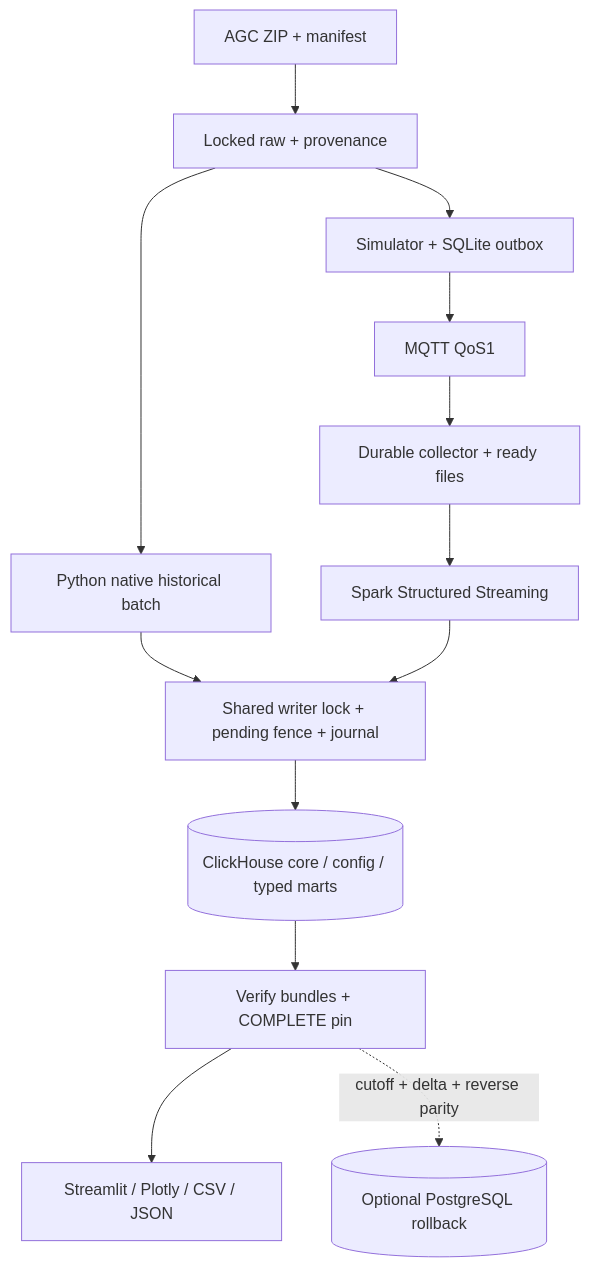
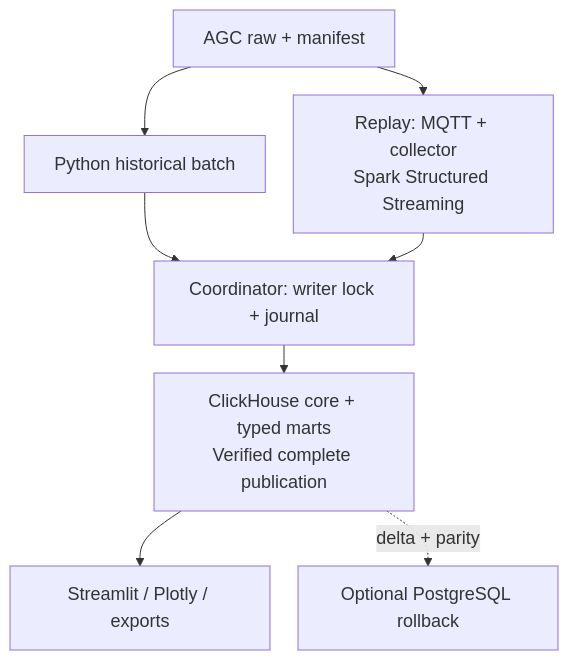
One commit to arcanine525/smart-green-house changed the diagram in docs/submission/figures/architecture.mmd. Above: the diagram before and after it, drawn with Mermaid. The commit also changed 18 other files, not shown here.

```diff
--- a/docs/submission/figures/architecture.mmd
+++ b/docs/submission/figures/architecture.mmd
@@ -1,12 +1,9 @@
+%%{init: {'themeVariables': {'fontSize': '18px'}, 'flowchart': {'nodeSpacing': 28, 'rankSpacing': 28}}}%%
 flowchart TB
-  AGC["AGC ZIP + manifest"] --> RAW["Locked raw + provenance"]
-  RAW --> BATCH["Python native historical batch"]
-  RAW --> SIM["Simulator + SQLite outbox"]
-  SIM --> MQTT["MQTT QoS1"] --> COL["Durable collector + ready files"]
-  COL --> STREAM["Spark Structured Streaming"]
-  BATCH --> COORD["Shared writer lock + pending fence + journal"]
-  STREAM --> COORD
-  COORD --> CH[("ClickHouse core / config / typed marts")]
-  CH --> PUB["Verify bundles + COMPLETE pin"]
-  PUB --> APP["Streamlit / Plotly / CSV / JSON"]
-  PUB -. "cutoff + delta + reverse parity" .-> PG[("Optional PostgreSQL rollback")]
+  RAW["AGC raw + manifest"] --> BATCH["Python historical batch"]
+  RAW --> SENSOR["Replay: MQTT + collector<br/>Spark Structured Streaming"]
+  BATCH --> COORD["Coordinator: writer lock + journal"]
+  SENSOR --> COORD
+  COORD --> CH["ClickHouse core + typed marts<br/>Verified complete publication"]
+  CH --> UI["Streamlit / Plotly / exports"]
+  CH -. "delta + parity" .-> PG["Optional PostgreSQL rollback"]
```
